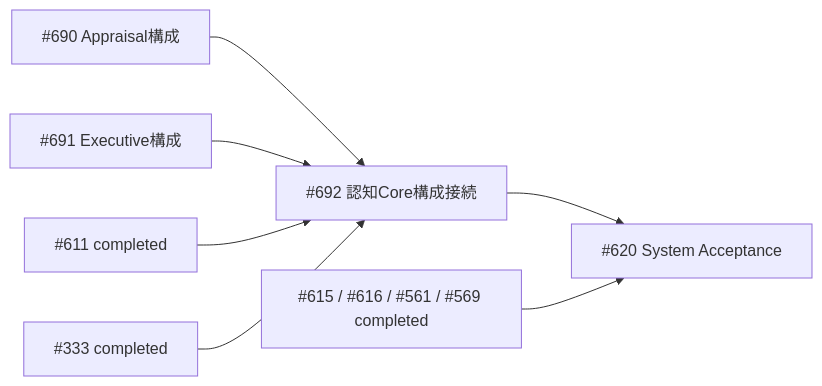
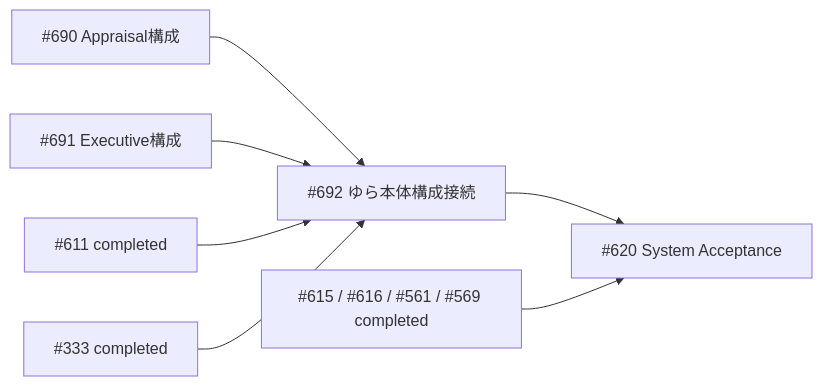
The diagram in docs/architecture/v2/production_plan_current.md (kt-workers/ai-liver-yura), drawn with Mermaid before and after one commit. The commit also changed other lines of this file and 38 other files, not shown here.

````diff
--- a/docs/architecture/v2/production_plan_current.md
+++ b/docs/architecture/v2/production_plan_current.md
@@ -148,9 +148,9 @@
 ```mermaid
 flowchart LR
-  A["#690 Appraisal構成"] --> C["#692 認知Core構成接続"]
+  A["#690 Appraisal構成"] --> C["#692 ゆら本体構成接続"]
   B["#691 Executive構成"] --> C
   D["#611 completed"] --> C
   E["#333 completed"] --> C
   C --> F["#620 System Acceptance"]
   G["#615 / #616 / #561 / #569 completed"] --> F
 ```
````
